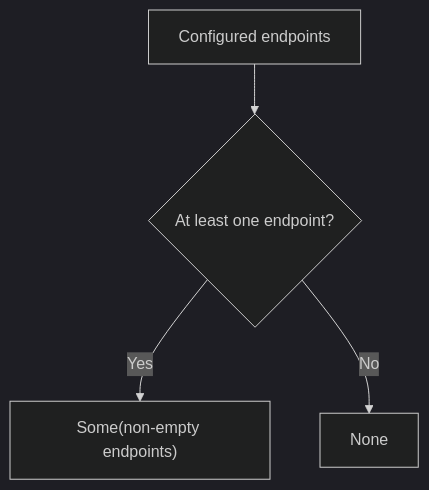
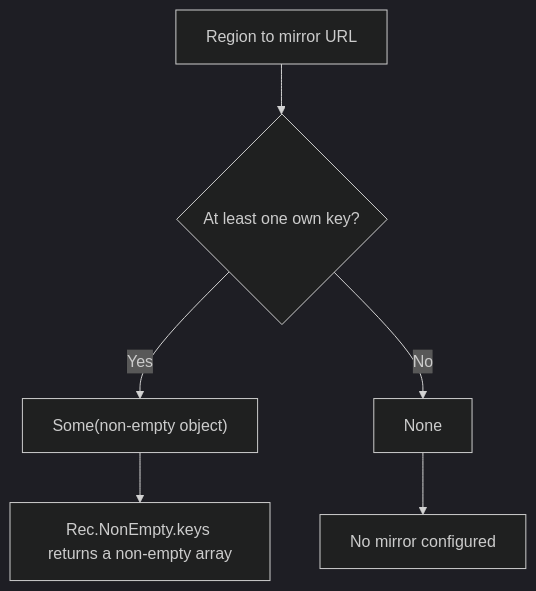
The diagram in docs/src/content/docs/guides/nonempty.md (pplnd/core), drawn with Mermaid (dark theme) before and after one commit. The commit also changed other lines of this file and 63 other files, not shown here.

````diff
--- a/docs/src/content/docs/guides/nonempty.md
+++ b/docs/src/content/docs/guides/nonempty.md
@@ -24,6 +34,8 @@
 ```mermaid
 flowchart TD
-  Endpoints["Configured endpoints"] --> Check{"At least one endpoint?"}
-  Check -->|Yes| Some["Some(non-empty endpoints)"]
-  Check -->|No| None["None"]
+  Config["Region to mirror URL"] --> Guard{"At least one own key?"}
+  Guard -->|Yes| Present["Some(non-empty object)"]
+  Guard -->|No| Missing["None"]
+  Present --> Keys["Rec.NonEmpty.keys returns a non-empty array"]
+  Missing --> Refuse["No mirror configured"]
 ```
````
